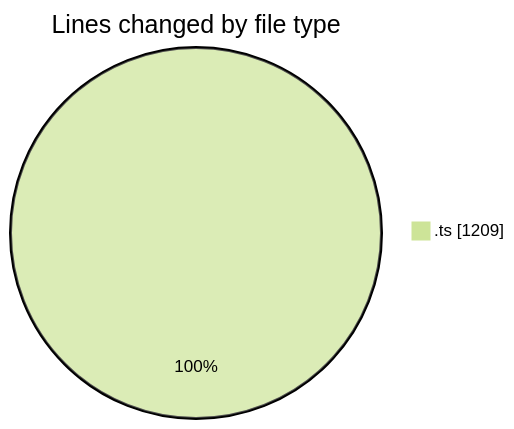
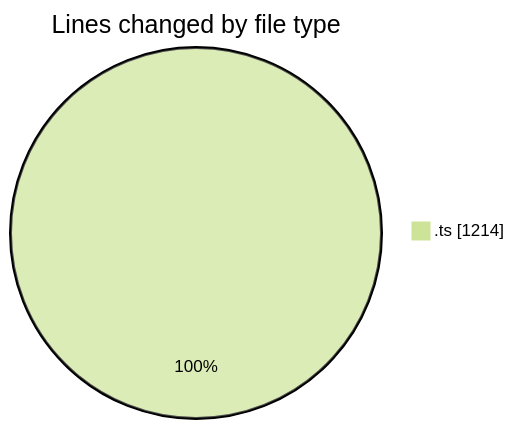
One commit to momahboobian/code-tracking changed the first of 2 diagrams in 2025-10-30/cda/README.md. Above: the diagram before and after it, drawn with Mermaid (forest theme). The commit also changed other lines of this file and 1 other file, not shown here.

````diff
--- a/2025-10-30/cda/README.md
+++ b/2025-10-30/cda/README.md
@@ -22,5 +22,5 @@
 ```mermaid
 pie showData
 title Lines changed by file type
-".ts" : 1209
+".ts" : 1214
 ```
````
